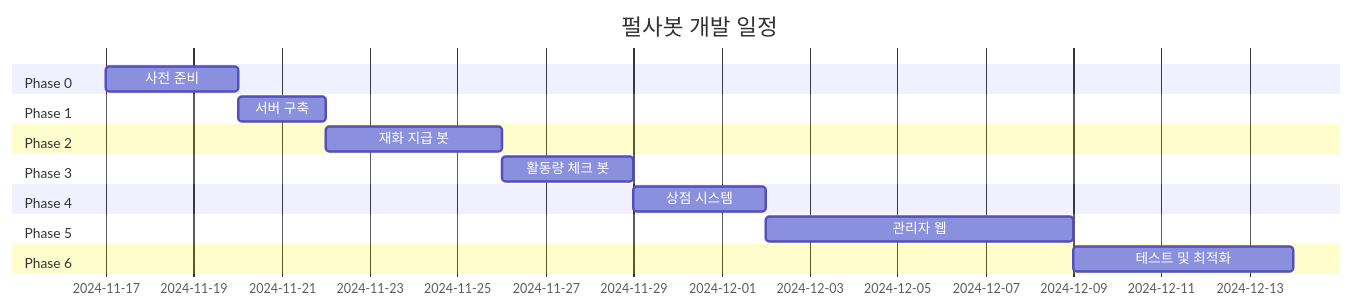
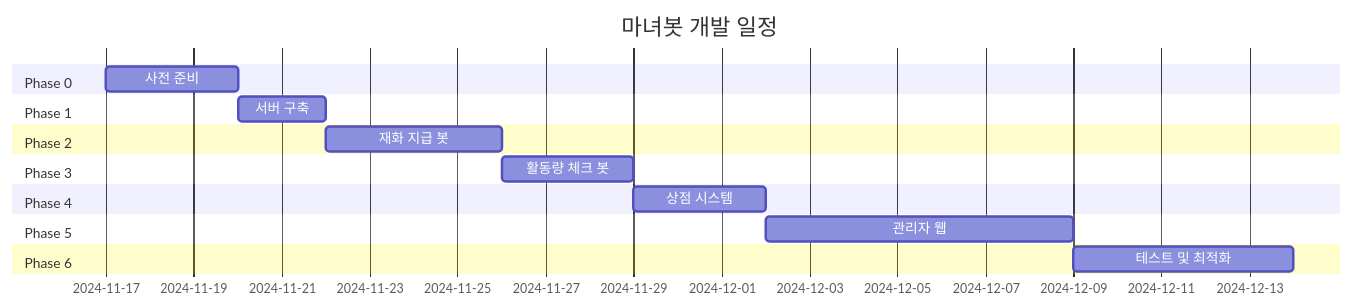
Before and after one commit to NinoNinoNinoling/commumanager: the diagram in docs/로드맵.md, drawn with Mermaid. The commit also changed 2 other files, not shown here.

Commit message:
Rename project from Pulsa Bot to Witch Bot (마녀봇)

````diff
--- a/docs/로드맵.md
+++ b/docs/로드맵.md
@@ -5,19 +5,19 @@
 ```mermaid
 gantt
-    title 펄사봇 개발 일정
+    title 마녀봇 개발 일정
     dateFormat  YYYY-MM-DD
     section Phase 0
     사전 준비           :p0, 2024-11-17, 3d
     section Phase 1
     서버 구축           :p1, after p0, 2d
     section Phase 2
     재화 지급 봇        :p2, after p1, 4d
     section Phase 3
     활동량 체크 봇      :p3, after p2, 3d
     section Phase 4
     상점 시스템         :p4, after p3, 3d
     section Phase 5
     관리자 웹           :p5, after p4, 7d
     section Phase 6
     테스트 및 최적화    :p6, after p5, 5d
 ```
````
